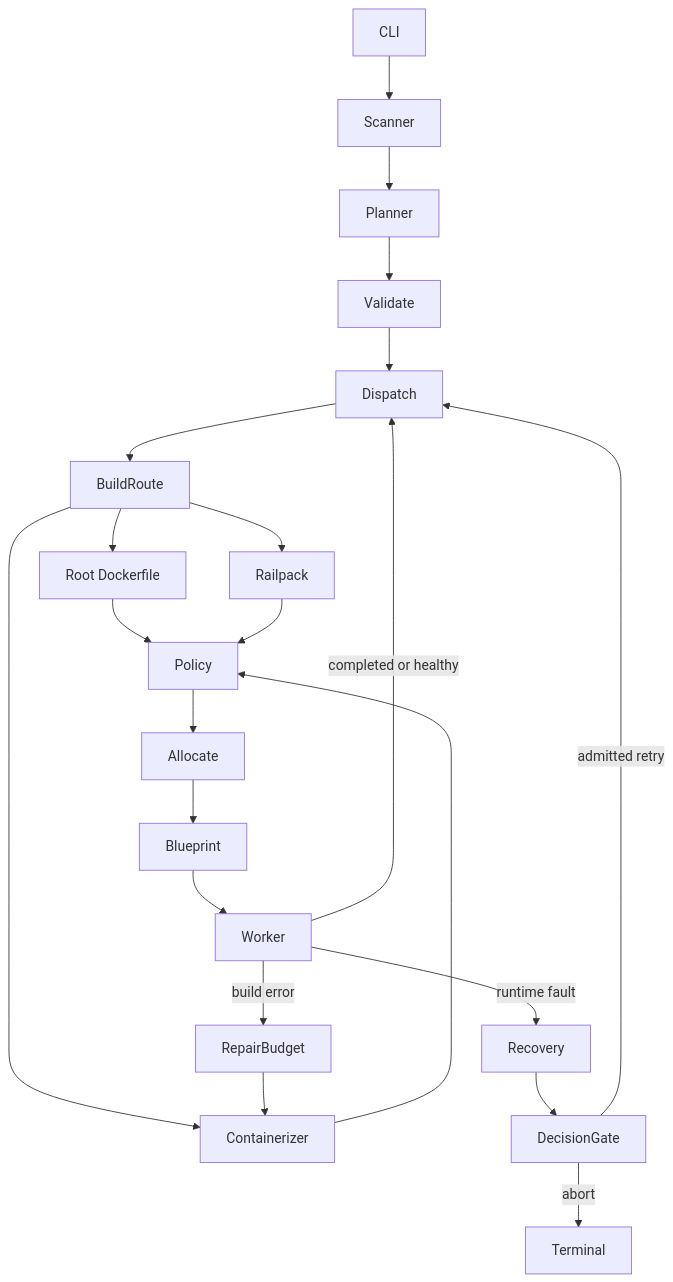
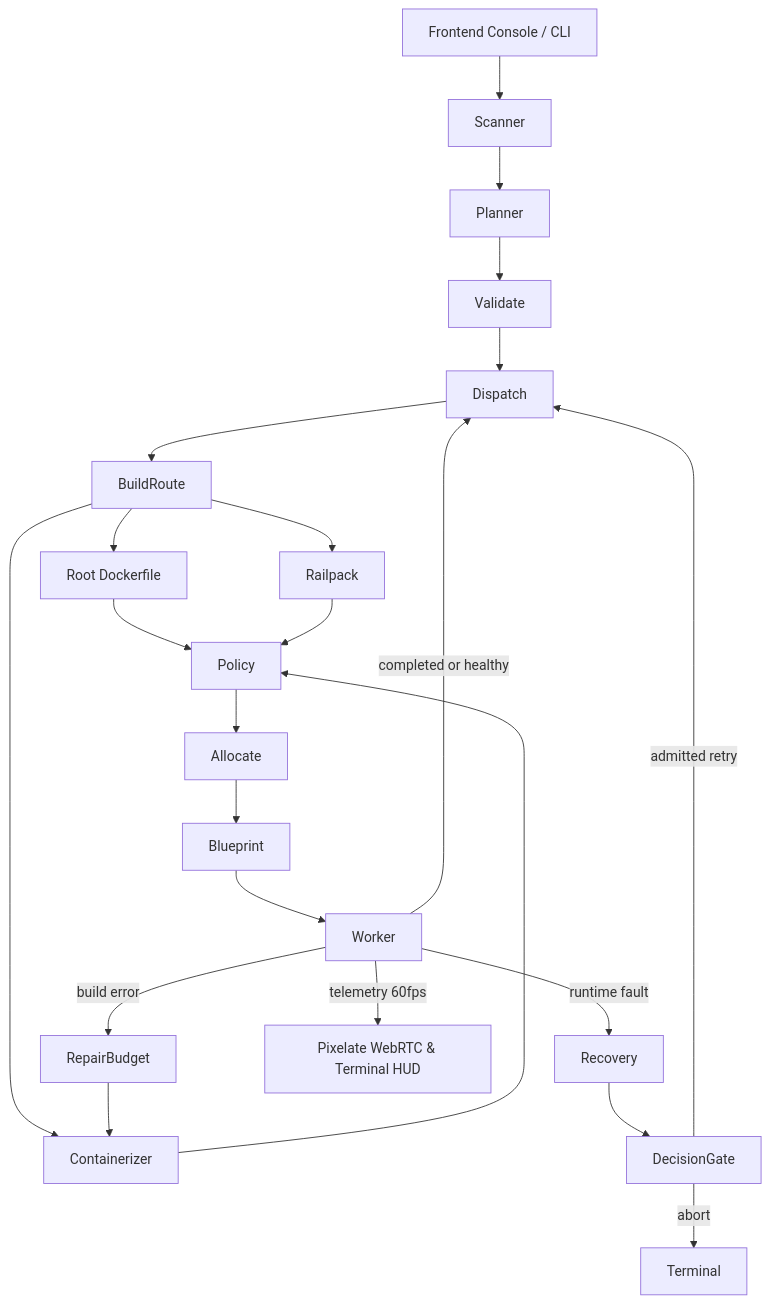
One commit to jeevanshbhatia650-rgb/sathack changed the diagram in README.md. Above: the diagram before and after it, drawn with Mermaid. The commit also changed other lines of this file and 60 other files, not shown here.

````diff
--- a/README.md
+++ b/README.md
@@ -5,17 +18,18 @@
 ```mermaid
 flowchart TD
-  CLI --> Scanner --> Planner --> Validate --> Dispatch
+  CLI[Frontend Console / CLI] --> Scanner --> Planner --> Validate --> Dispatch
   Dispatch --> BuildRoute
   BuildRoute --> Existing[Root Dockerfile]
   BuildRoute --> Railpack
   BuildRoute --> Containerizer
   Existing --> Policy
   Railpack --> Policy
   Containerizer --> Policy
   Policy --> Allocate --> Blueprint --> Worker
   Worker -->|build error| RepairBudget --> Containerizer
   Worker -->|runtime fault| Recovery --> DecisionGate
   DecisionGate -->|admitted retry| Dispatch
   DecisionGate -->|abort| Terminal
   Worker -->|completed or healthy| Dispatch
+  Worker -->|telemetry 60fps| Frontend[Pixelate WebRTC & Terminal HUD]
 ```
````
